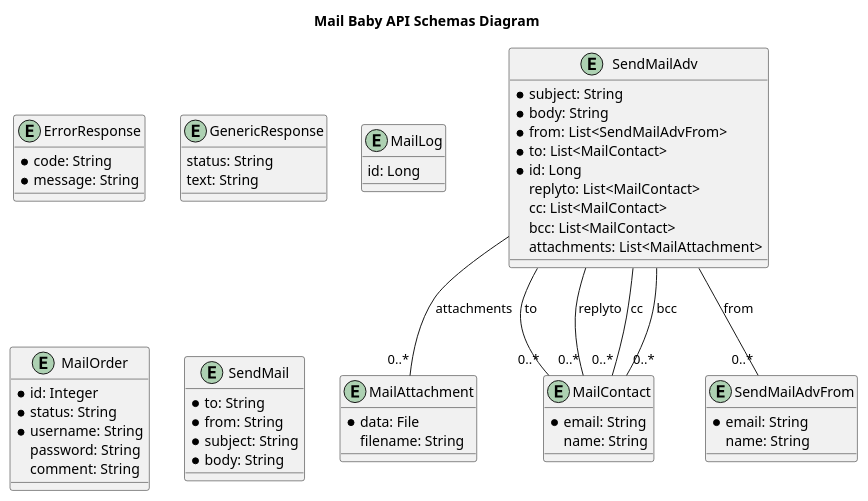
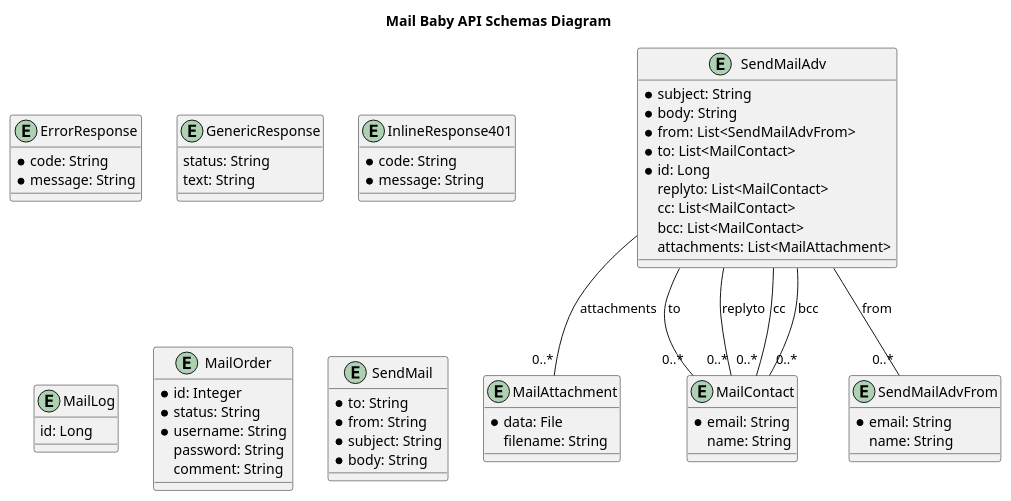
One commit to interserver/mailbaby-api-samples changed the diagram in openapi-documentation/plantuml/schemas.plantuml. Above: the diagram before and after it, drawn with PlantUML. The commit also changed 614 other files, not shown here.

```diff
--- a/openapi-documentation/plantuml/schemas.plantuml
+++ b/openapi-documentation/plantuml/schemas.plantuml
@@ -1,69 +1,74 @@
 @startuml
 
 title Mail Baby API Schemas Diagram
 
 entity ErrorResponse { 
     * code: String
     * message: String
 }
 
 entity GenericResponse { 
     status: String
     text: String
+}
+
+entity InlineResponse401 { 
+    * code: String
+    * message: String
 }
 
 entity MailAttachment { 
     * data: File
     filename: String
 }
 
 entity MailContact { 
     * email: String
     name: String
 }
 
 entity MailLog { 
     id: Long
 }
 
 entity MailOrder { 
     * id: Integer
     * status: String
     * username: String
     password: String
     comment: String
 }
 
 entity SendMail { 
     * to: String
     * from: String
     * subject: String
     * body: String
 }
 
 entity SendMailAdv { 
     * subject: String
     * body: String
     * from: List<SendMailAdvFrom>
     * to: List<MailContact>
     * id: Long
     replyto: List<MailContact>
     cc: List<MailContact>
     bcc: List<MailContact>
     attachments: List<MailAttachment>
 }
 
 entity SendMailAdvFrom { 
     * email: String
     name: String
 }
 
 
 SendMailAdv -- "0..*" SendMailAdvFrom : from
 SendMailAdv -- "0..*" MailContact : to
 SendMailAdv -- "0..*" MailContact : replyto
 SendMailAdv -- "0..*" MailContact : cc
 SendMailAdv -- "0..*" MailContact : bcc
 SendMailAdv -- "0..*" MailAttachment : attachments
 
 @enduml
```
